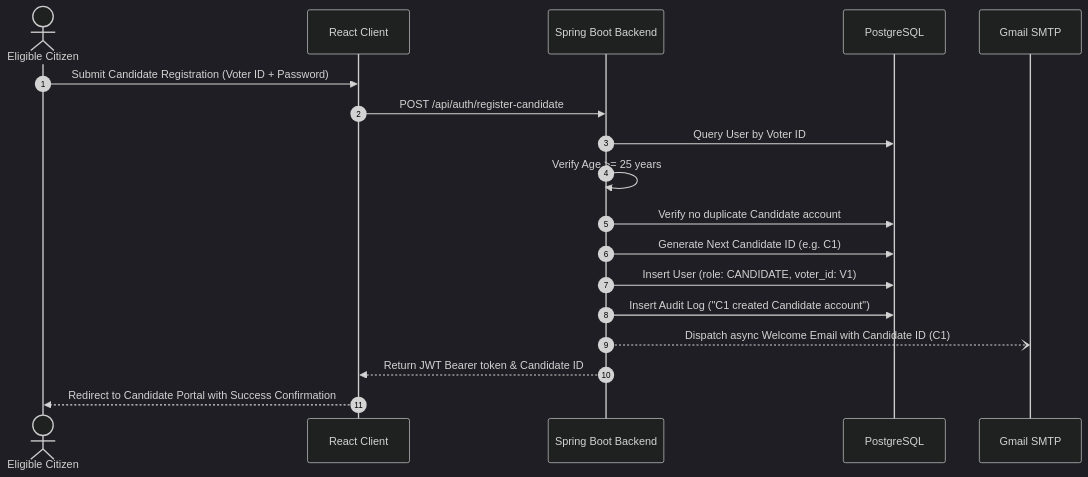
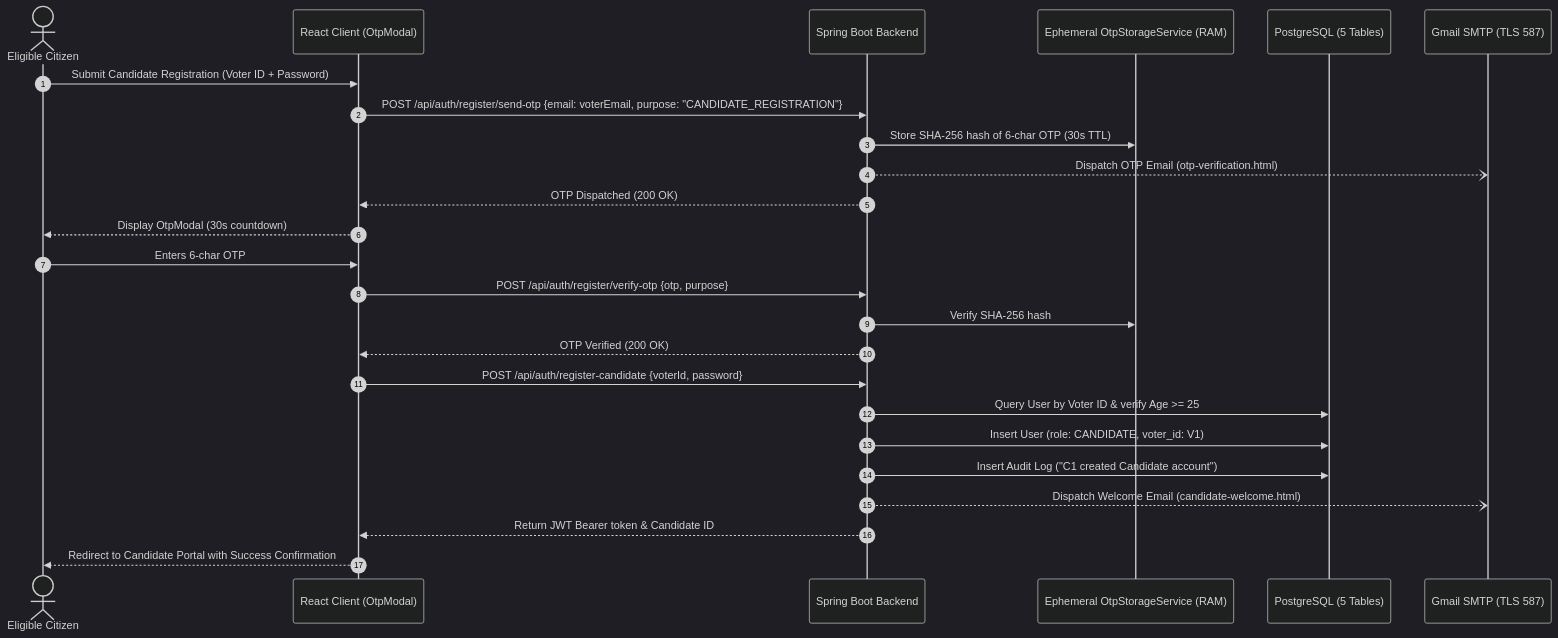
Before and after one commit to chintadavasudharini/OnlineVotingSystem: the first of 3 diagrams in candidate.md, drawn with Mermaid (dark theme). The commit also changed other lines of this file and 42 other files, not shown here.

Commit message:
feat: implement dual-profile admin security, in-memory OTP & password reset, and full technical documentation suite

````diff
--- a/candidate.md
+++ b/candidate.md
@@ -61,21 +66,28 @@
 ```mermaid
 sequenceDiagram
     autonumber
     actor C as Eligible Citizen
-    participant UI as React Client
+    participant UI as React Client (OtpModal)
     participant API as Spring Boot Backend
-    participant DB as PostgreSQL
-    participant Mail as Gmail SMTP
+    participant OtpEngine as Ephemeral OtpStorageService (RAM)
+    participant DB as PostgreSQL (5 Tables)
+    participant Mail as Gmail SMTP (TLS 587)
 
     C->>UI: Submit Candidate Registration (Voter ID + Password)
-    UI->>API: POST /api/auth/register-candidate
-    API->>DB: Query User by Voter ID
-    API->>API: Verify Age >= 25 years
-    API->>DB: Verify no duplicate Candidate account
-    API->>DB: Generate Next Candidate ID (e.g. C1)
+    UI->>API: POST /api/auth/register/send-otp {email: voterEmail, purpose: "CANDIDATE_REGISTRATION"}
+    API->>OtpEngine: Store SHA-256 hash of 6-char OTP (30s TTL)
+    API--)Mail: Dispatch OTP Email (otp-verification.html)
+    API-->>UI: OTP Dispatched (200 OK)
+    UI-->>C: Display OtpModal (30s countdown)
+    C->>UI: Enters 6-char OTP
+    UI->>API: POST /api/auth/register/verify-otp {otp, purpose}
+    API->>OtpEngine: Verify SHA-256 hash
+    API-->>UI: OTP Verified (200 OK)
+    UI->>API: POST /api/auth/register-candidate {voterId, password}
+    API->>DB: Query User by Voter ID & verify Age >= 25
     API->>DB: Insert User (role: CANDIDATE, voter_id: V1)
     API->>DB: Insert Audit Log ("C1 created Candidate account")
-    API--)Mail: Dispatch async Welcome Email with Candidate ID (C1)
+    API--)Mail: Dispatch Welcome Email (candidate-welcome.html)
     API-->>UI: Return JWT Bearer token & Candidate ID
     UI-->>C: Redirect to Candidate Portal with Success Confirmation
 ```
````
